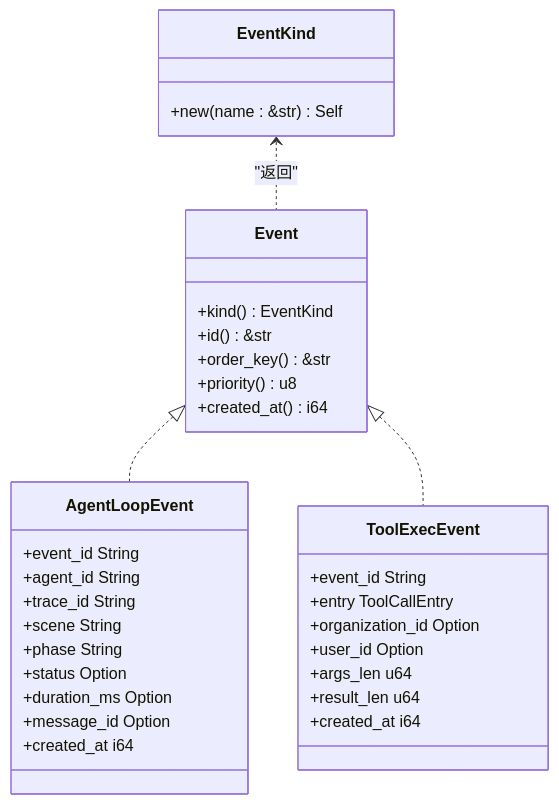
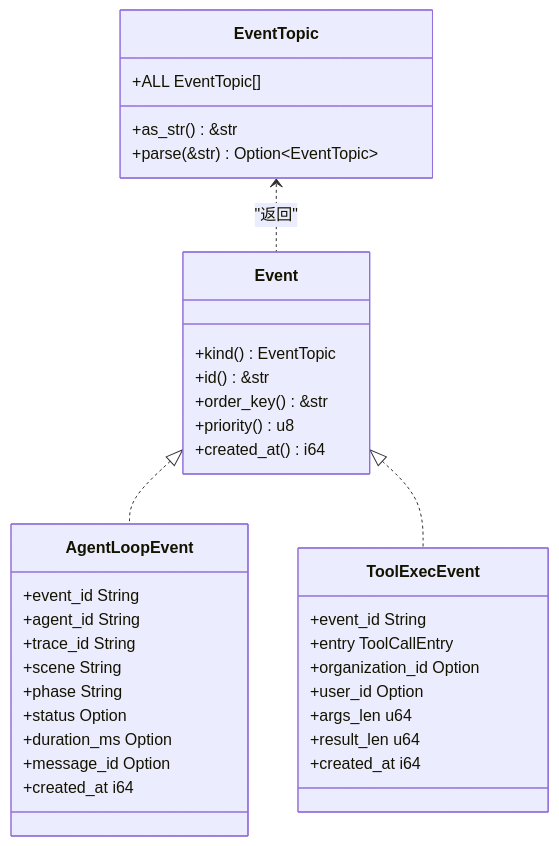
Before and after one commit to runningcoders/ai_orz: the third of 7 diagrams in docs/wiki/zh/content/基础设施/AOP 事件系统/AOP 核心架构/事件系统核心.md, drawn with Mermaid. The commit also changed other lines of this file and 37 other files, not shown here.

````diff
--- a/docs/wiki/zh/content/基础设施/AOP 事件系统/AOP 核心架构/事件系统核心.md
+++ b/docs/wiki/zh/content/基础设施/AOP 事件系统/AOP 核心架构/事件系统核心.md
@@ -143,36 +155,38 @@
 ```mermaid
 classDiagram
 class Event {
-+kind() EventKind
++kind() EventTopic
 +id() &str
 +order_key() &str
 +priority() u8
 +created_at() i64
 }
-class EventKind {
-+new(name : &str) Self
+class EventTopic {
++ALL EventTopic[]
++as_str() &str
++parse(&str) Option~EventTopic~
 }
 class AgentLoopEvent {
 +event_id String
 +agent_id String
 +trace_id String
 +scene String
 +phase String
 +status Option<String>
 +duration_ms Option<u64>
 +message_id Option<String>
 +created_at i64
 }
 class ToolExecEvent {
 +event_id String
 +entry ToolCallEntry
 +organization_id Option<String>
 +user_id Option<String>
 +args_len u64
 +result_len u64
 +created_at i64
 }
 Event <|.. AgentLoopEvent
 Event <|.. ToolExecEvent
-EventKind <.. Event : "返回"
+EventTopic <.. Event : "返回"
 ```
````
